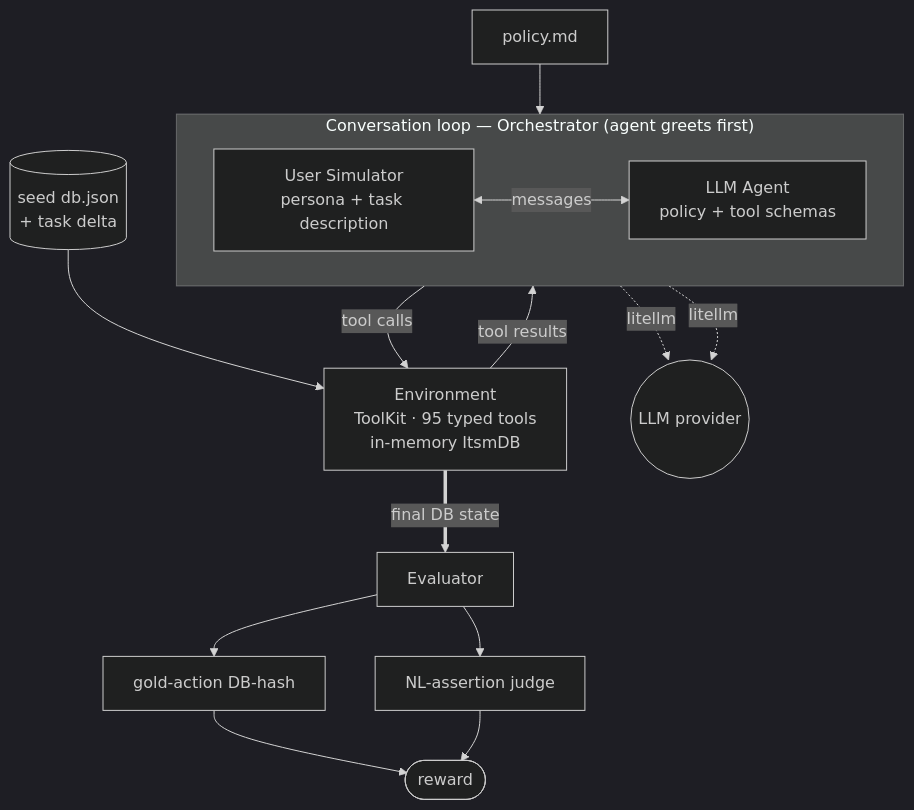
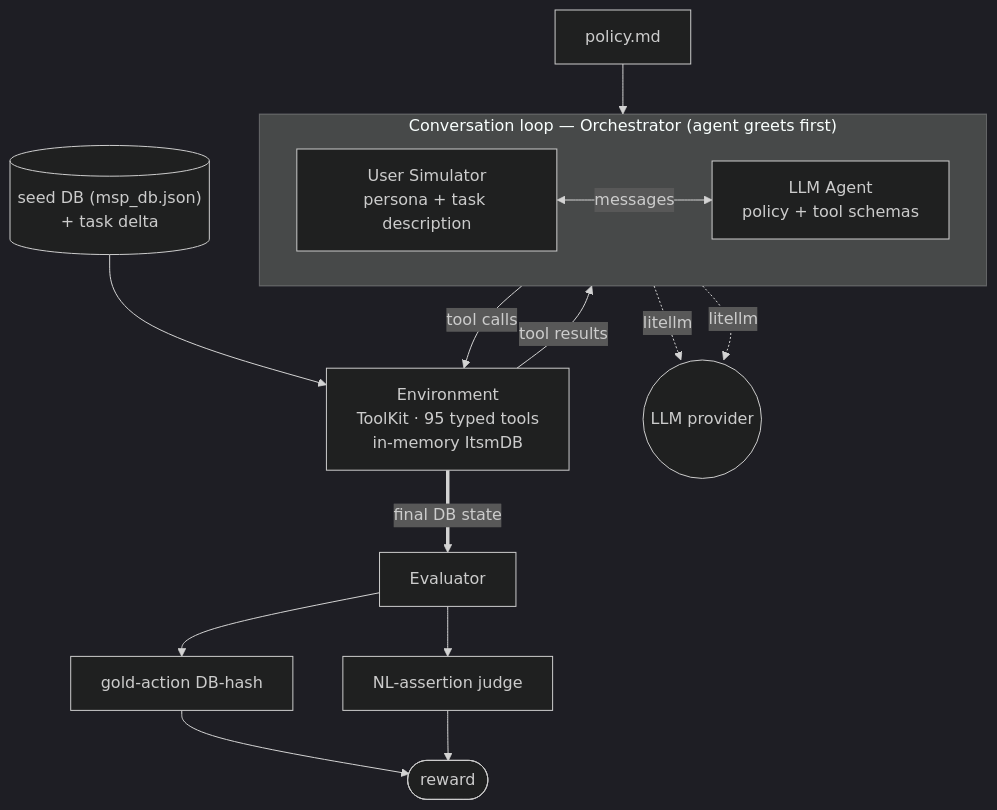
One commit to vibrantlabsai/Enterprise-Worlds changed the diagram in README.md. Above: the diagram before and after it, drawn with Mermaid (dark theme). The commit also changed other lines of this file and 4 other files, not shown here.

````diff
--- a/README.md
+++ b/README.md
@@ -48,23 +48,23 @@
 ```mermaid
 flowchart TD
     POL["policy.md"] --> AGENT
-    SEED[("seed db.json<br/>+ task delta")] --> ENV
+    SEED[("seed DB (msp_db.json)<br/>+ task delta")] --> ENV
 
     subgraph LOOP["Conversation loop — Orchestrator (agent greets first)"]
         direction LR
         USER["User Simulator<br/>persona + task description"]
         AGENT["LLM Agent<br/>policy + tool schemas"]
         USER <-->|messages| AGENT
     end
 
     AGENT -->|tool calls| ENV["Environment<br/>ToolKit · 95 typed tools<br/>in-memory ItsmDB"]
     ENV -->|tool results| AGENT
     AGENT -.->|litellm| PROV(("LLM provider"))
     USER -.->|litellm| PROV
 
     ENV ==>|final DB state| EVAL["Evaluator"]
     EVAL --> DBH["gold-action DB-hash"]
     EVAL --> NL["NL-assertion judge"]
     DBH --> REW(["reward"])
     NL --> REW
 ```
````
